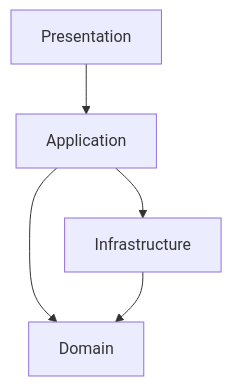
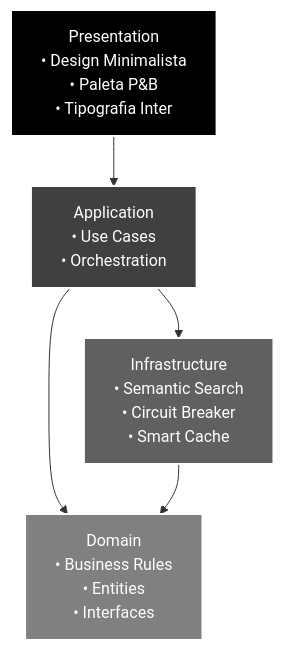
One commit to baku01/local_llm changed the first of 2 diagrams in ARCHITECTURE.md. Above: the diagram before and after it, drawn with Mermaid. The commit also changed other lines of this file and 30 other files, not shown here.

First line of the commit message:
feat: implementa design system minimalista com paleta preto/branco

````diff
--- a/ARCHITECTURE.md
+++ b/ARCHITECTURE.md
@@ -10,11 +30,22 @@
 ```mermaid
 graph TD;
-  UI[Presentation];
-  APP[Application];
-  DOM[Domain];
-  INF[Infrastructure];
+  UI[Presentation<br/>• Design Minimalista<br/>• Paleta P&B<br/>• Tipografia Inter];
+  APP[Application<br/>• Use Cases<br/>• Orchestration];
+  DOM[Domain<br/>• Business Rules<br/>• Entities<br/>• Interfaces];
+  INF[Infrastructure<br/>• Semantic Search<br/>• Circuit Breaker<br/>• Smart Cache];
+  
   UI --> APP;
   APP --> DOM;
   APP --> INF;
   INF --> DOM;
+  
+  classDef presentation fill:#000,stroke:#fff,stroke-width:2px,color:#fff;
+  classDef application fill:#404040,stroke:#fff,stroke-width:2px,color:#fff;
+  classDef domain fill:#808080,stroke:#fff,stroke-width:2px,color:#fff;
+  classDef infrastructure fill:#606060,stroke:#fff,stroke-width:2px,color:#fff;
+  
+  class UI presentation;
+  class APP application;
+  class DOM domain;
+  class INF infrastructure;
 ```
````
